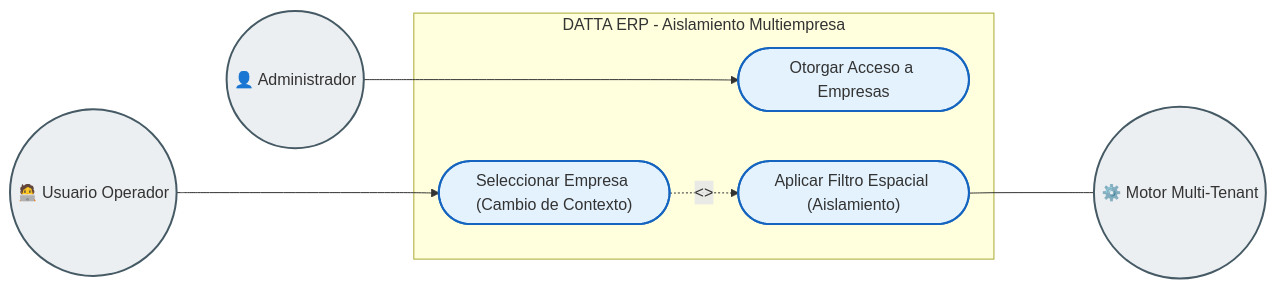
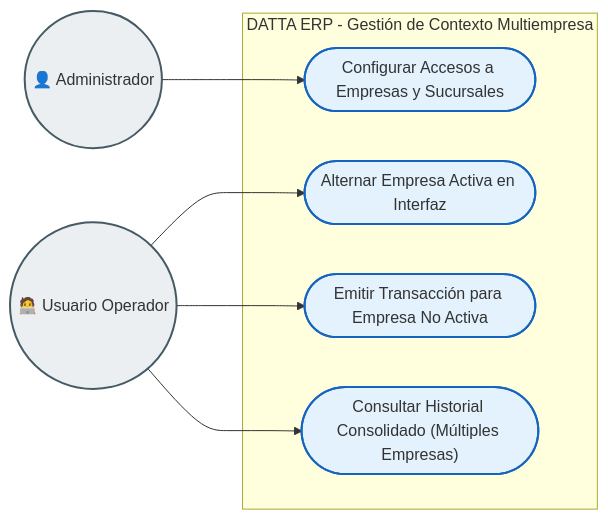
Before and after one commit to arturomiranda/ds-qs: the second of 4 diagrams in data/1. Principales/Diagramas/002_Arquitectura_Multiempresa.md, drawn with Mermaid. The commit also changed other lines of this file and 2 other files, not shown here.

Commit message:
se añadierpon los diagramas de contabilidad y CFDI

````diff
--- a/data/1. Principales/Diagramas/002_Arquitectura_Multiempresa.md
+++ b/data/1. Principales/Diagramas/002_Arquitectura_Multiempresa.md
@@ -75,23 +73,29 @@
 ```mermaid
 flowchart LR
+    %% Estilos UML
     classDef actor fill:#eceff1,stroke:#455a64,stroke-width:2px
     classDef usecase fill:#e3f2fd,stroke:#1565c0,stroke-width:2px,shape:ellipse
 
+    %% Actores Externos Reales
     Admin(("👤 Administrador")):::actor
     Operador(("🧑‍💻 Usuario Operador")):::actor
-    Sistema(("⚙️ Motor Multi-Tenant")):::actor
 
-    subgraph "DATTA ERP - Aislamiento Multiempresa"
-        Asignar(["Otorgar Acceso a Empresas"]):::usecase
-        Elegir(["Seleccionar Empresa (Cambio de Contexto)"]):::usecase
-        Filtrar(["Aplicar Filtro Espacial (Aislamiento)"]):::usecase
+    %% Límite del Sistema
+    subgraph "DATTA ERP - Gestión de Contexto Multiempresa"
+        
+        %% Casos de Uso del Administrador
+        Asignar(["Configurar Accesos a Empresas y Sucursales"]):::usecase
+        
+        %% Casos de Uso del Operador
+        Alternar(["Alternar Empresa Activa en Interfaz"]):::usecase
+        OperarCruzado(["Emitir Transacción para Empresa No Activa"]):::usecase
+        ConsultarGlobal(["Consultar Historial Consolidado (Múltiples Empresas)"]):::usecase
     end
 
-    %% Relaciones de los Actores
+    %% Interacciones
     Admin ---> Asignar
-    Operador ---> Elegir
-    Filtrar <--- Sistema
     
-    %% Inclusión Obligatoria
-    Elegir -. "<<include>>" .-> Filtrar
+    Operador ---> Alternar
+    Operador ---> OperarCruzado
+    Operador ---> ConsultarGlobal
 ```
````
